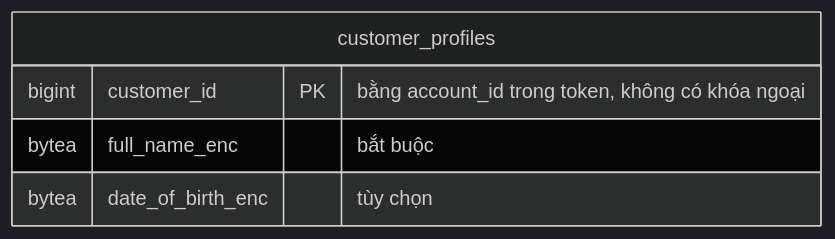
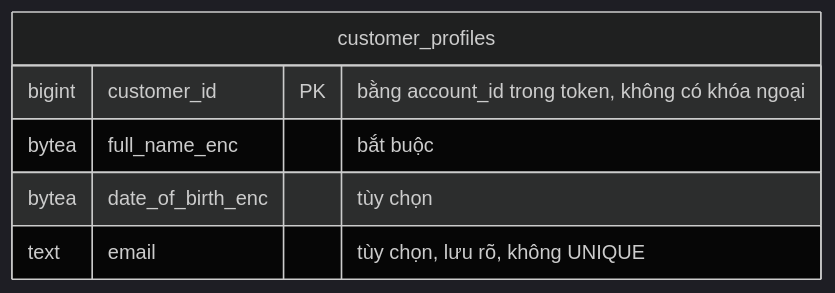
The second of 8 diagrams in docs/design/03-du-lieu.md (nghuuduc21/23699411_NguyenHuuDuc_CabSystem), drawn with Mermaid (dark theme) before and after one commit. The commit also changed other lines of this file and 21 other files, not shown here.

````diff
--- a/docs/design/03-du-lieu.md
+++ b/docs/design/03-du-lieu.md
@@ -146,8 +147,9 @@
 ```mermaid
 erDiagram
   customer_profiles {
     bigint customer_id PK "bằng account_id trong token, không có khóa ngoại"
     bytea full_name_enc "bắt buộc"
     bytea date_of_birth_enc "tùy chọn"
+    text email "tùy chọn, lưu rõ, không UNIQUE"
   }
 ```
````
